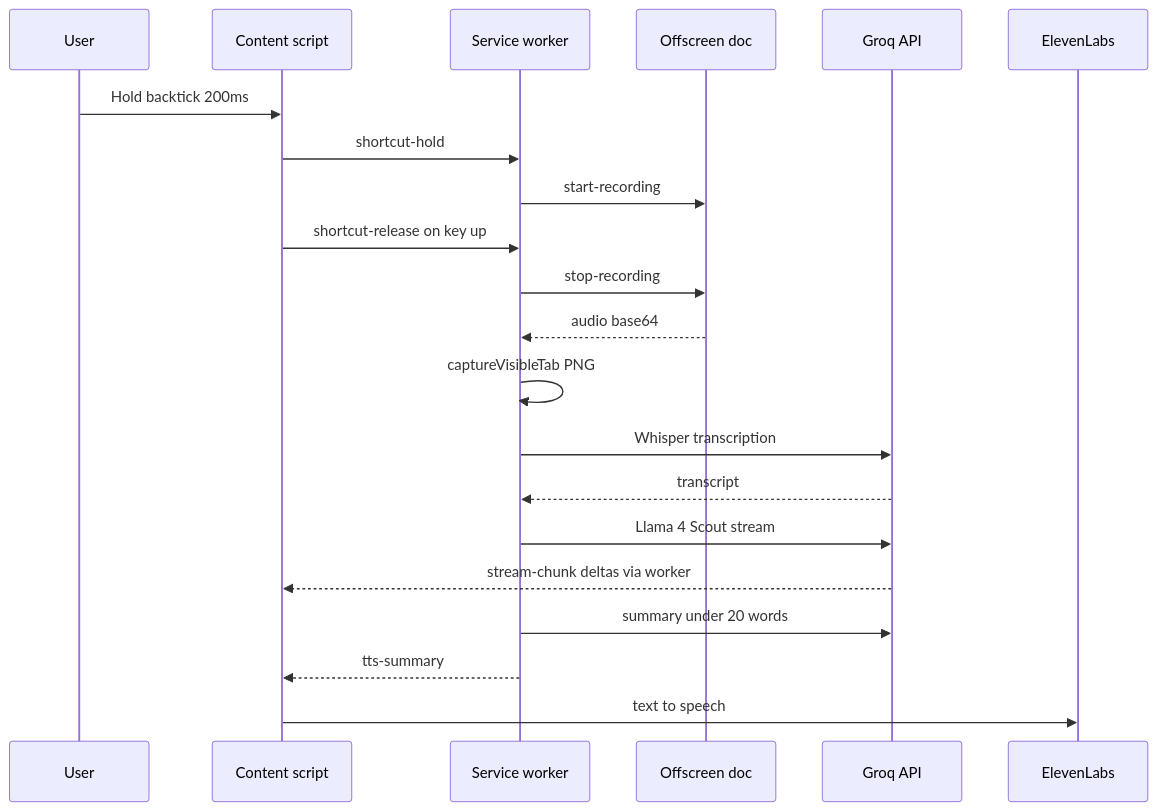
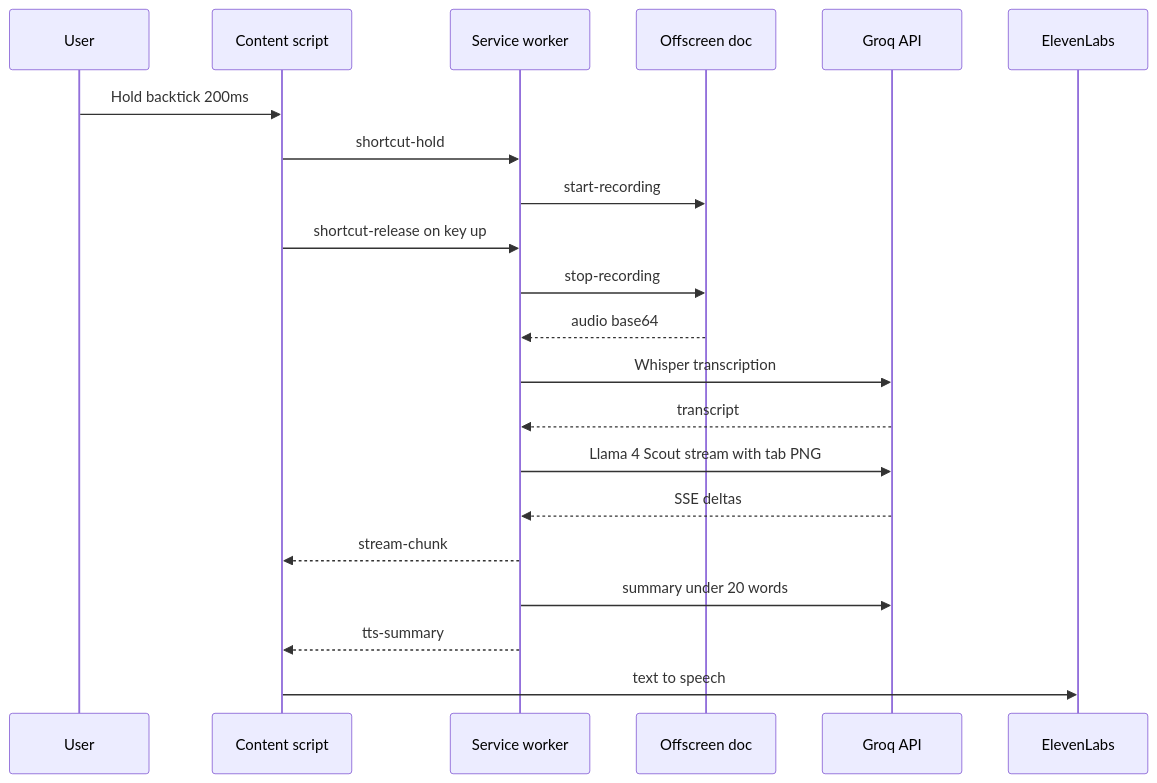
Before and after one commit to anirxdh/portfolio: the diagram in content/diagrams/screensense-v1-talk-to-your-screen-flow.mmd, drawn with Mermaid. The commit also changed 122 other files, not shown here.

```diff
--- a/content/diagrams/screensense-v1-talk-to-your-screen-flow.mmd
+++ b/content/diagrams/screensense-v1-talk-to-your-screen-flow.mmd
@@ -1,21 +1,21 @@
 sequenceDiagram
   participant U as User
   participant C as Content script
   participant S as Service worker
   participant O as Offscreen doc
   participant G as Groq API
   participant E as ElevenLabs
   U->>C: Hold backtick 200ms
   C->>S: shortcut-hold
   S->>O: start-recording
   C->>S: shortcut-release on key up
   S->>O: stop-recording
   O-->>S: audio base64
-  S->>S: captureVisibleTab PNG
   S->>G: Whisper transcription
   G-->>S: transcript
-  S->>G: Llama 4 Scout stream
-  G-->>C: stream-chunk deltas via worker
+  S->>G: Llama 4 Scout stream with tab PNG
+  G-->>S: SSE deltas
+  S-->>C: stream-chunk
   S->>G: summary under 20 words
   S-->>C: tts-summary
   C->>E: text to speech
```
